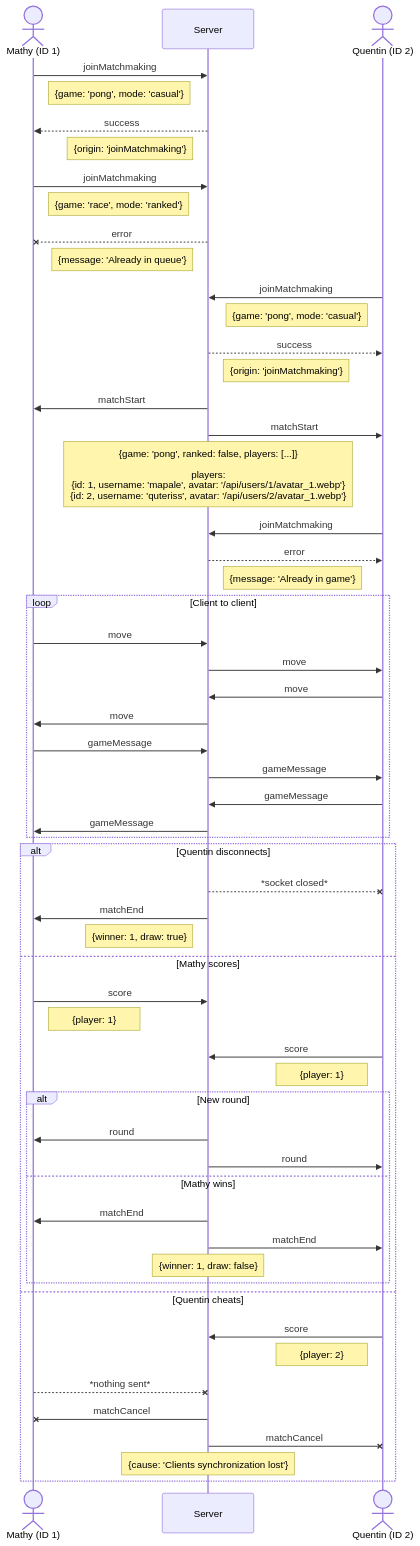
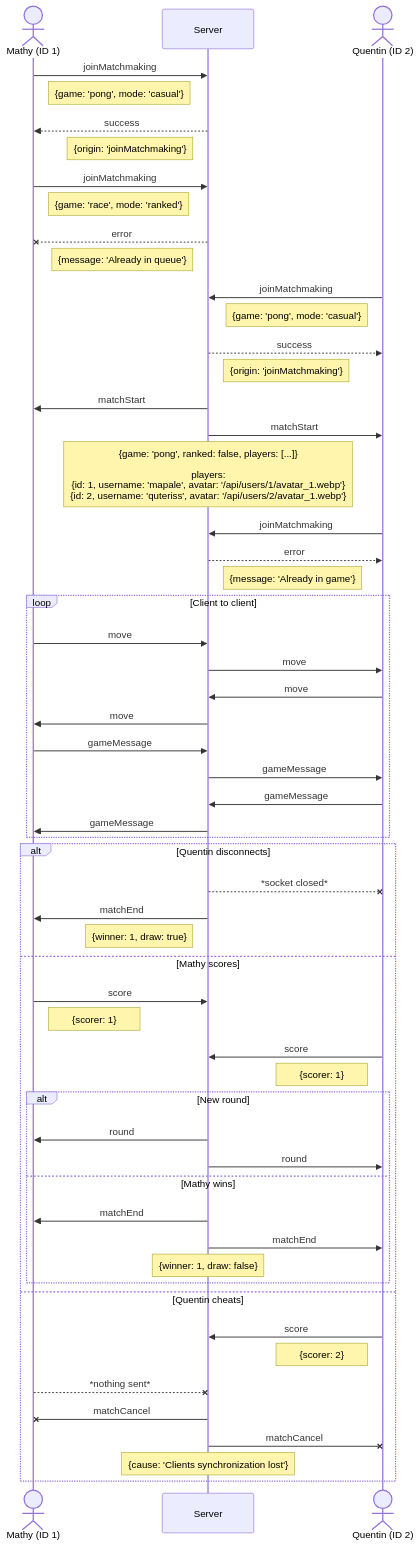
Before and after one commit to deydoux/42cursus-ft_transcendence: the diagram in docs/WebSocket/match.md, drawn with Mermaid. The commit also changed 3 other files, not shown here.

````diff
--- a/docs/WebSocket/match.md
+++ b/docs/WebSocket/match.md
@@ -3,70 +3,70 @@
 ```mermaid
 sequenceDiagram
   actor m as Mathy (ID 1)
   participant s as Server
   actor q as Quentin (ID 2)
 
   m ->> s: joinMatchmaking
   Note right of m: {game: 'pong', mode: 'casual'}
   s -->> m: success
   Note left of s: {origin: 'joinMatchmaking'}
 
   m ->> s: joinMatchmaking
   Note right of m: {game: 'race', mode: 'ranked'}
   s --x m: error
   Note left of s: {message: 'Already in queue'}
 
   q ->> s: joinMatchmaking
   Note left of q: {game: 'pong', mode: 'casual'}
   s -->> q: success
   Note right of s: {origin: 'joinMatchmaking'}
 
   s ->> m: matchStart
   s ->> q: matchStart
   Note over s: {game: 'pong', ranked: false, players: [...]}<br><br> players:<br>{id: 1, username: 'mapale', avatar: '/api/users/1/avatar_1.webp'}<br>{id: 2, username: 'quteriss', avatar: '/api/users/2/avatar_1.webp'}
 
   q ->> s: joinMatchmaking
   s -->> q: error
   Note right of s: {message: 'Already in game'}
 
   loop Client to client
     m ->> s: move
     s ->> q: move
     q ->> s: move
     s ->> m: move
 
     m ->> s: gameMessage
     s ->> q: gameMessage
     q ->> s: gameMessage
     s ->> m: gameMessage
   end
 
   alt Quentin disconnects
     s --x q: *socket closed*
     s ->> m: matchEnd
     Note left of s: {winner: 1, draw: true}
 
   else Mathy scores
     m ->> s: score
-    Note right of m: {player: 1}
+    Note right of m: {scorer: 1}
     q ->> s: score
-    Note left of q: {player: 1}
+    Note left of q: {scorer: 1}
 
     alt New round
       s ->> m: round
       s ->> q: round
     else Mathy wins
       s ->> m: matchEnd
       s ->> q: matchEnd
       Note over s: {winner: 1, draw: false}
     end
 
   else Quentin cheats
     q ->> s: score
-    Note left of q: {player: 2}
+    Note left of q: {scorer: 2}
     m --x s: *nothing sent*
     s -x m: matchCancel
     s -x q: matchCancel
     Note over s: {cause: 'Clients synchronization lost'}
   end
 ```
````
